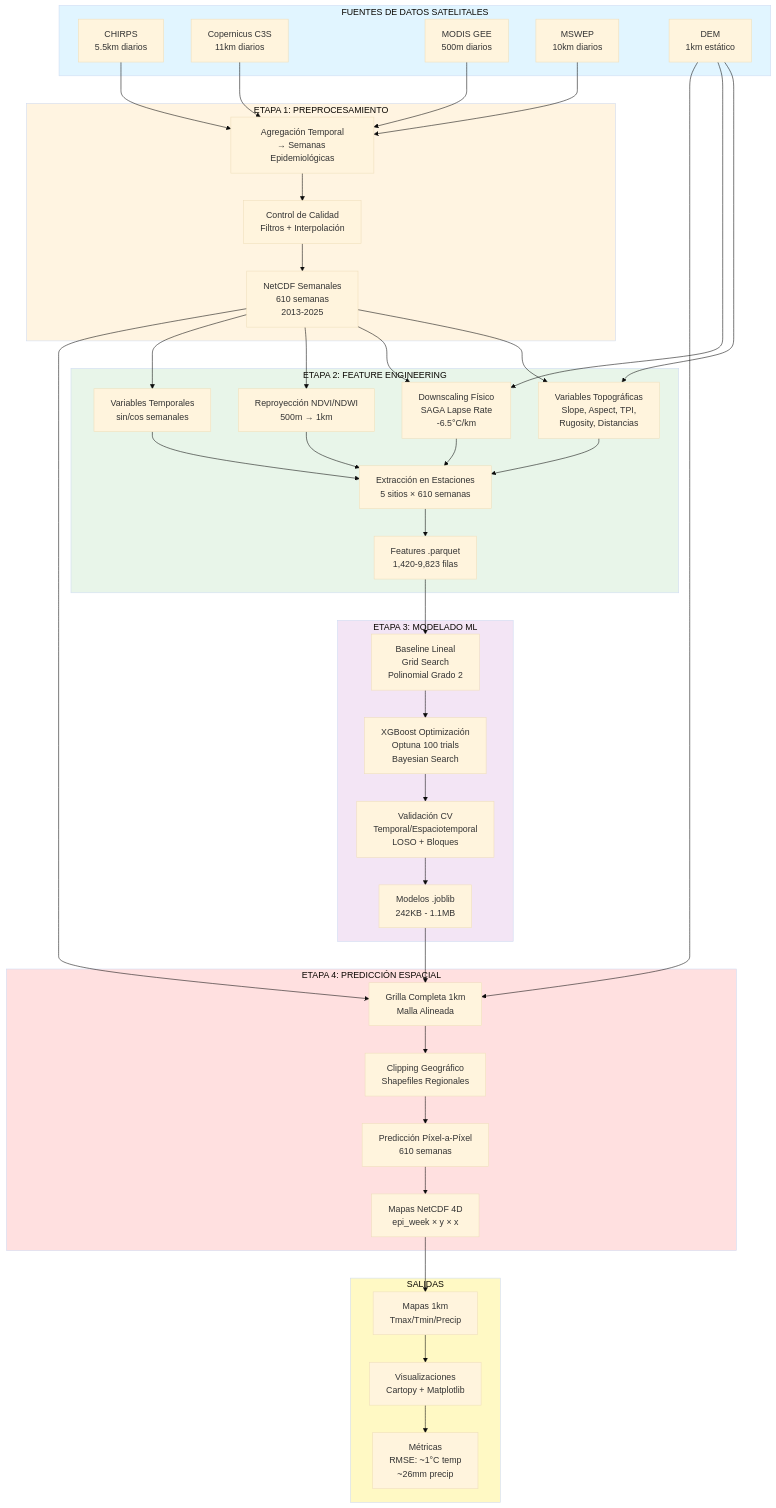
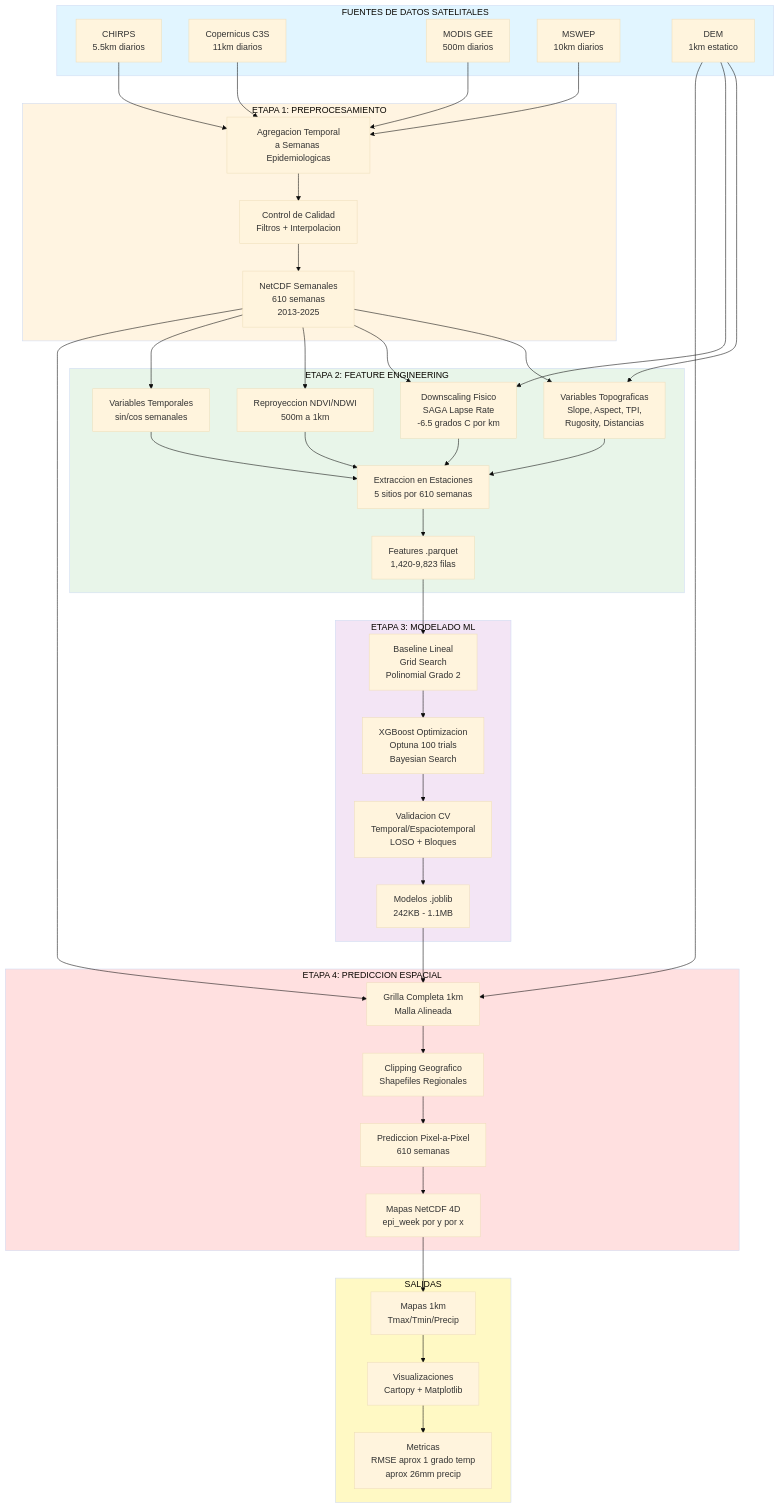
The second of 5 diagrams in SYSTEM_FLOW_DIAGRAM.md (JuanJoseLL/Downscaling), drawn with Mermaid (base theme) before and after one commit. The commit also changed other lines of this file, not shown here.

Commit message:
Fix Mermaid diagram rendering issues
Replace special characters that cause parsing errors in GitHub's
Mermaid renderer:
- Remove mathematical symbols (μ, σ, ², °)
- Replace accented characters (ó, á, í)
- Replace special arrows (→) and multiplication (×) symbols
- Escape all node labels with double quotes
- Simplify formula notation to be parser-friendly

All diagrams should now render correctly on GitHub.

````diff
--- a/SYSTEM_FLOW_DIAGRAM.md
+++ b/SYSTEM_FLOW_DIAGRAM.md
@@ -111,70 +111,70 @@
 ```mermaid
 flowchart TD
     subgraph Input["FUENTES DE DATOS SATELITALES"]
-        A1[CHIRPS<br/>5.5km diarios]
-        A2[Copernicus C3S<br/>11km diarios]
-        A3[MODIS GEE<br/>500m diarios]
-        A4[MSWEP<br/>10km diarios]
-        A5[DEM<br/>1km estático]
+        A1["CHIRPS<br/>5.5km diarios"]
+        A2["Copernicus C3S<br/>11km diarios"]
+        A3["MODIS GEE<br/>500m diarios"]
+        A4["MSWEP<br/>10km diarios"]
+        A5["DEM<br/>1km estatico"]
     end
 
     subgraph Stage1["ETAPA 1: PREPROCESAMIENTO"]
-        B1[Agregación Temporal<br/>→ Semanas Epidemiológicas]
-        B2[Control de Calidad<br/>Filtros + Interpolación]
-        B3[NetCDF Semanales<br/>610 semanas<br/>2013-2025]
+        B1["Agregacion Temporal<br/>a Semanas Epidemiologicas"]
+        B2["Control de Calidad<br/>Filtros + Interpolacion"]
+        B3["NetCDF Semanales<br/>610 semanas<br/>2013-2025"]
     end
 
     subgraph Stage2["ETAPA 2: FEATURE ENGINEERING"]
-        C1[Variables Topográficas<br/>Slope, Aspect, TPI,<br/>Rugosity, Distancias]
-        C2[Downscaling Físico<br/>SAGA Lapse Rate<br/>-6.5°C/km]
-        C3[Reproyección NDVI/NDWI<br/>500m → 1km]
-        C4[Variables Temporales<br/>sin/cos semanales]
-        C5[Extracción en Estaciones<br/>5 sitios × 610 semanas]
-        C6[Features .parquet<br/>1,420-9,823 filas]
+        C1["Variables Topograficas<br/>Slope, Aspect, TPI,<br/>Rugosity, Distancias"]
+        C2["Downscaling Fisico<br/>SAGA Lapse Rate<br/>-6.5 grados C por km"]
+        C3["Reproyeccion NDVI/NDWI<br/>500m a 1km"]
+        C4["Variables Temporales<br/>sin/cos semanales"]
+        C5["Extraccion en Estaciones<br/>5 sitios por 610 semanas"]
+        C6["Features .parquet<br/>1,420-9,823 filas"]
     end
 
     subgraph Stage3["ETAPA 3: MODELADO ML"]
-        D1[Baseline Lineal<br/>Grid Search<br/>Polinomial Grado 2]
-        D2[XGBoost Optimización<br/>Optuna 100 trials<br/>Bayesian Search]
-        D3[Validación CV<br/>Temporal/Espaciotemporal<br/>LOSO + Bloques]
-        D4[Modelos .joblib<br/>242KB - 1.1MB]
+        D1["Baseline Lineal<br/>Grid Search<br/>Polinomial Grado 2"]
+        D2["XGBoost Optimizacion<br/>Optuna 100 trials<br/>Bayesian Search"]
+        D3["Validacion CV<br/>Temporal/Espaciotemporal<br/>LOSO + Bloques"]
+        D4["Modelos .joblib<br/>242KB - 1.1MB"]
     end
 
-    subgraph Stage4["ETAPA 4: PREDICCIÓN ESPACIAL"]
-        E1[Grilla Completa 1km<br/>Malla Alineada]
-        E2[Clipping Geográfico<br/>Shapefiles Regionales]
-        E3[Predicción Píxel-a-Píxel<br/>610 semanas]
-        E4[Mapas NetCDF 4D<br/>epi_week × y × x]
+    subgraph Stage4["ETAPA 4: PREDICCION ESPACIAL"]
+        E1["Grilla Completa 1km<br/>Malla Alineada"]
+        E2["Clipping Geografico<br/>Shapefiles Regionales"]
+        E3["Prediccion Pixel-a-Pixel<br/>610 semanas"]
+        E4["Mapas NetCDF 4D<br/>epi_week por y por x"]
     end
 
     subgraph Output["SALIDAS"]
-        F1[Mapas 1km<br/>Tmax/Tmin/Precip]
-        F2[Visualizaciones<br/>Cartopy + Matplotlib]
-        F3[Métricas<br/>RMSE: ~1°C temp<br/>~26mm precip]
+        F1["Mapas 1km<br/>Tmax/Tmin/Precip"]
+        F2["Visualizaciones<br/>Cartopy + Matplotlib"]
+        F3["Metricas<br/>RMSE aprox 1 grado temp<br/>aprox 26mm precip"]
     end
 
     A1 & A2 & A3 & A4 --> B1
     B1 --> B2 --> B3
 
     B3 --> C1 & C2 & C3 & C4
     A5 --> C1 & C2
     C1 & C2 & C3 & C4 --> C5
     C5 --> C6
 
     C6 --> D1 --> D2
     D2 --> D3 --> D4
 
     D4 --> E1
     B3 --> E1
     A5 --> E1
     E1 --> E2 --> E3 --> E4
 
     E4 --> F1 --> F2 --> F3
 
     style Input fill:#e1f5ff
     style Stage1 fill:#fff4e1
     style Stage2 fill:#e8f5e9
     style Stage3 fill:#f3e5f5
     style Stage4 fill:#ffe0e0
     style Output fill:#fff9c4
 ```
````
